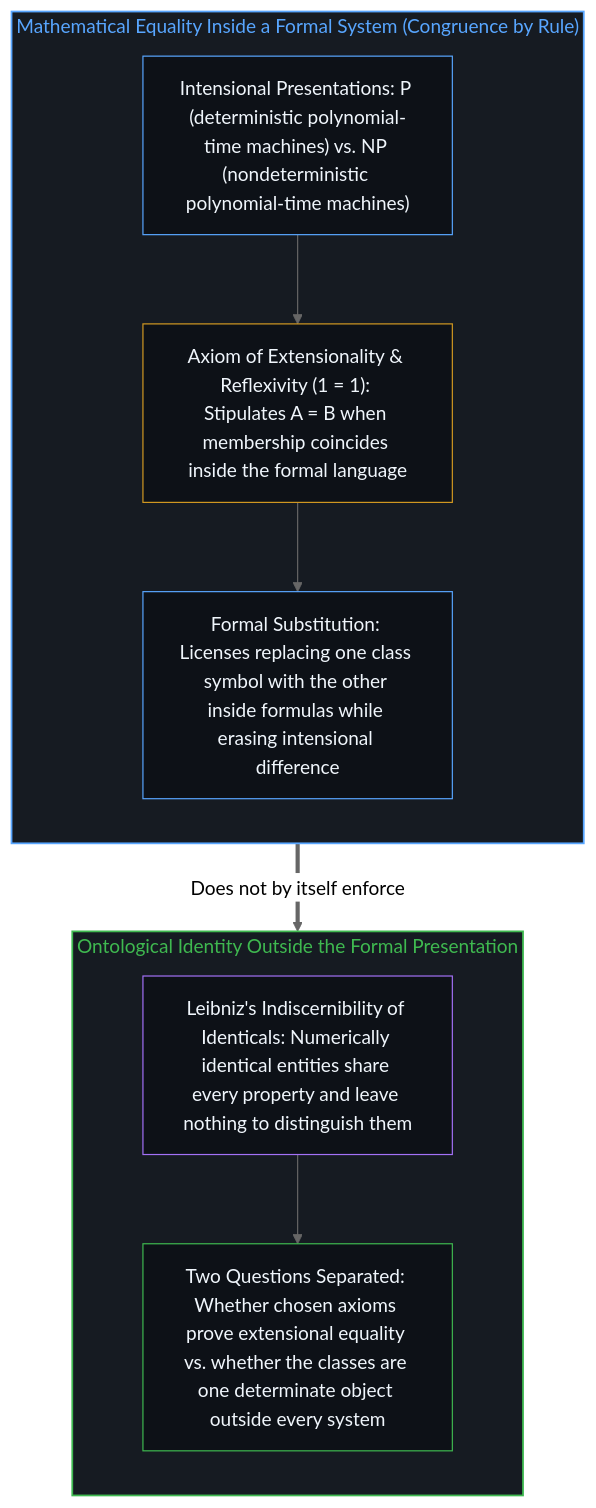
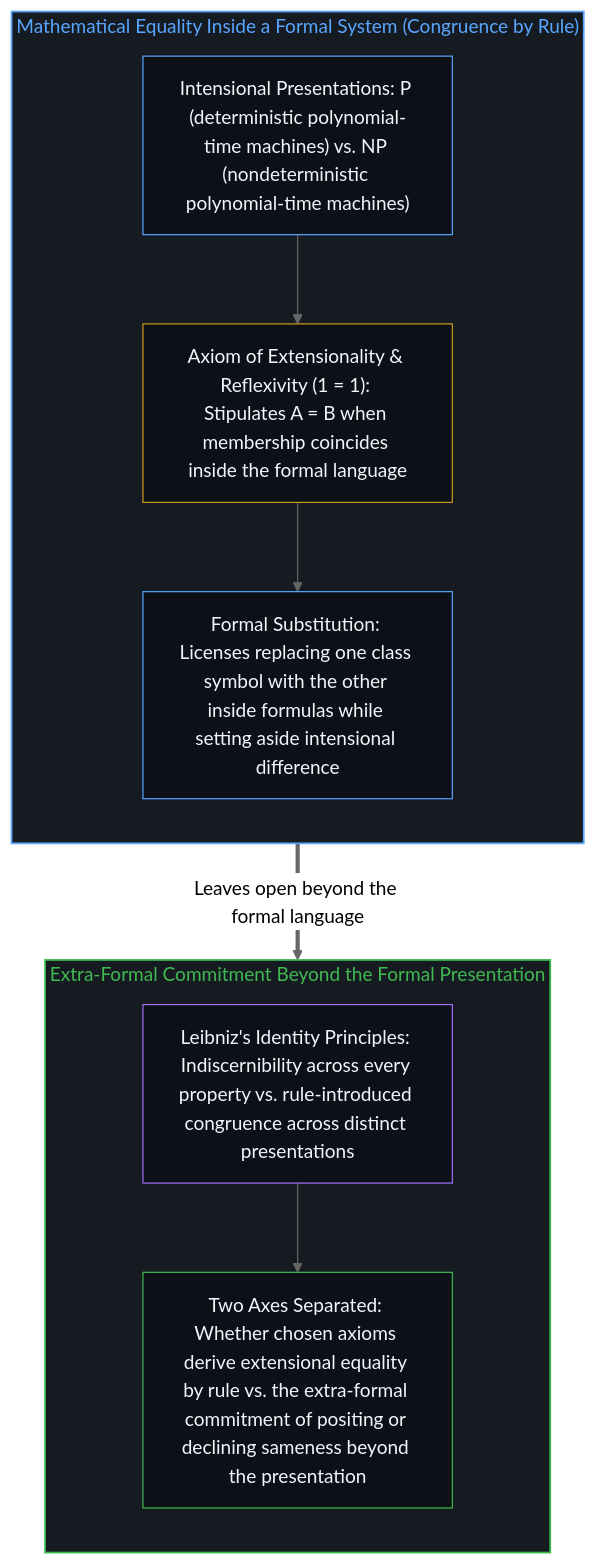
One commit to powerpig99/not-a-toe changed the second of 4 diagrams in content/posts/on-the-boundaries-of-what-can-be-said-about-p-and-np.md. Above: the diagram before and after it, drawn with Mermaid (neutral theme). The commit also changed other lines of this file and 1 other file, not shown here.

````diff
--- a/content/posts/on-the-boundaries-of-what-can-be-said-about-p-and-np.md
+++ b/content/posts/on-the-boundaries-of-what-can-be-said-about-p-and-np.md
@@ -44,24 +44,24 @@
 ```mermaid
 flowchart TD
     subgraph S_Rule["Mathematical Equality Inside a Formal System (Congruence by Rule)"]
         direction TB
         Int["Intensional Presentations: P (deterministic polynomial-time machines) vs. NP (nondeterministic polynomial-time machines)"]
         Ext["Axiom of Extensionality & Reflexivity (1 = 1): Stipulates A = B when membership coincides inside the formal language"]
-        Sub["Formal Substitution: Licenses replacing one class symbol with the other inside formulas while erasing intensional difference"]
+        Sub["Formal Substitution: Licenses replacing one class symbol with the other inside formulas while setting aside intensional difference"]
         Int --> Ext --> Sub
     end
-    subgraph S_Onto["Ontological Identity Outside the Formal Presentation"]
+    subgraph S_Onto["Extra-Formal Commitment Beyond the Formal Presentation"]
         direction TB
-        Leib["Leibniz's Indiscernibility of Identicals: Numerically identical entities share every property and leave nothing to distinguish them"]
-        Split["Two Questions Separated: Whether chosen axioms prove extensional equality vs. whether the classes are one determinate object outside every system"]
+        Leib["Leibniz's Identity Principles: Indiscernibility across every property vs. rule-introduced congruence across distinct presentations"]
+        Split["Two Axes Separated: Whether chosen axioms derive extensional equality by rule vs. the extra-formal commitment of positing or declining sameness beyond the presentation"]
         Leib --> Split
     end
-    Sub ==>|"Does not by itself enforce"| Leib
+    Sub ==>|"Leaves open beyond the formal language"| Split
     style S_Rule fill:#161b22,stroke:#58a6ff,stroke-width:1.5px,color:#58a6ff
     style S_Onto fill:#161b22,stroke:#3fb950,stroke-width:1.5px,color:#3fb950
     style Int fill:#0d1117,stroke:#58a6ff,stroke-width:1px,color:#f0f6fc
     style Ext fill:#0d1117,stroke:#d29922,stroke-width:1px,color:#f0f6fc
     style Sub fill:#0d1117,stroke:#58a6ff,stroke-width:1px,color:#f0f6fc
     style Leib fill:#0d1117,stroke:#a371f7,stroke-width:1px,color:#f0f6fc
     style Split fill:#0d1117,stroke:#3fb950,stroke-width:1px,color:#f0f6fc
 ```
````
